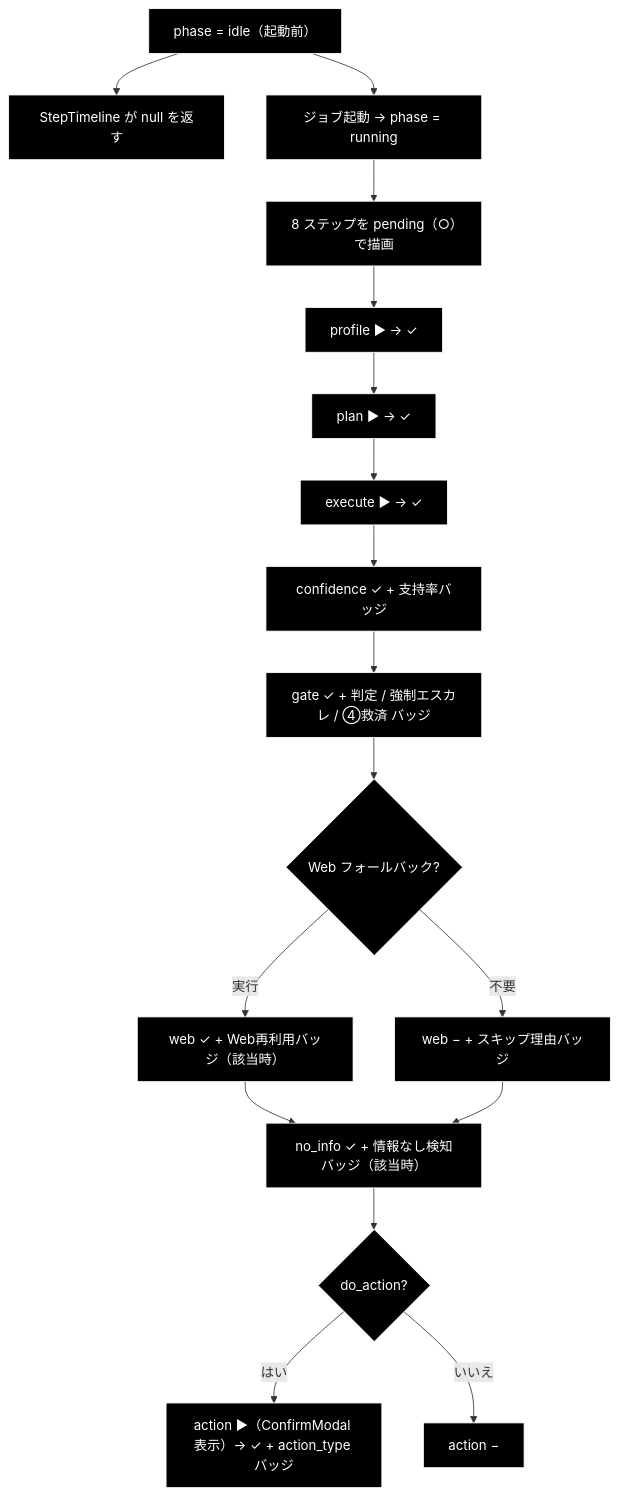
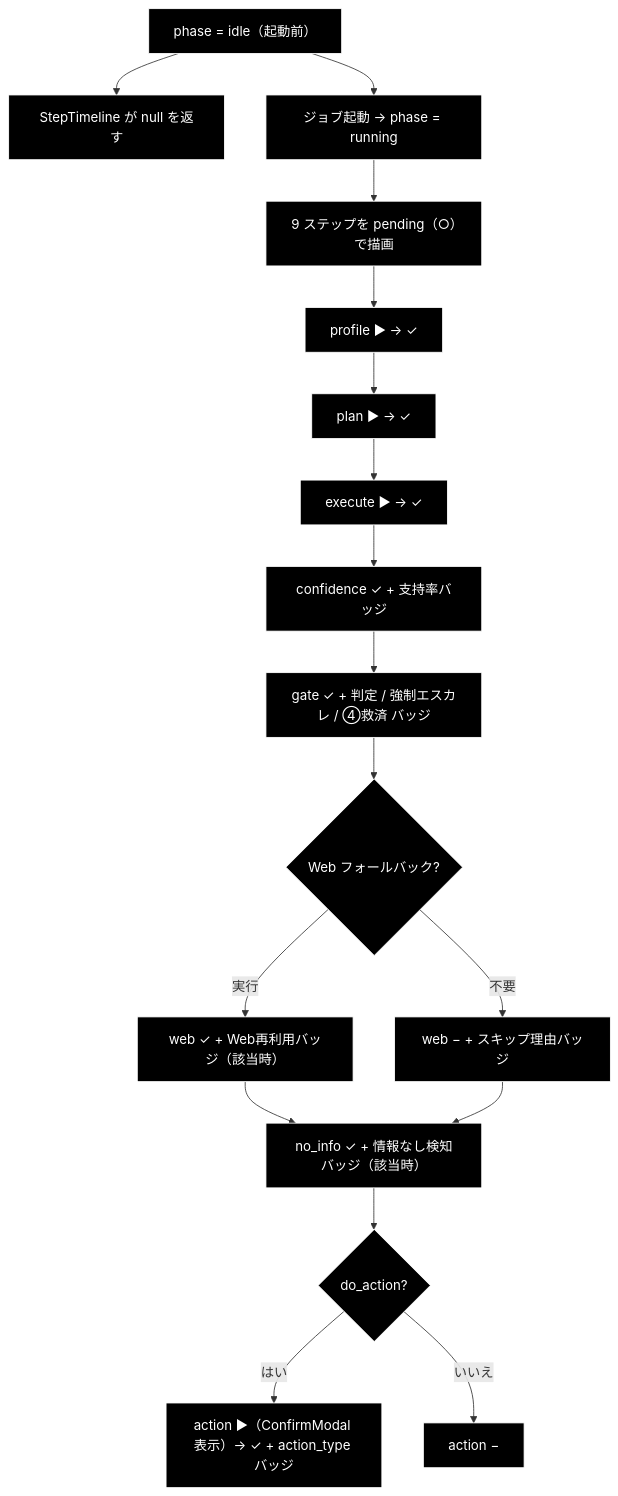
The third of 3 diagrams in frontend/docs/StepTimeline.md (nakashima2toshio/grace_v2_local), drawn with Mermaid before and after one commit. The commit also changed other lines of this file and 38 other files, not shown here.

````diff
--- a/frontend/docs/StepTimeline.md
+++ b/frontend/docs/StepTimeline.md
@@ -260,21 +260,21 @@
 ```mermaid
 flowchart TB
     Idle["phase = idle（起動前）"] --> Null["StepTimeline が null を返す"]
     Idle --> Sub["ジョブ起動 → phase = running"]
-    Sub --> All["8 ステップを pending（○）で描画"]
+    Sub --> All["9 ステップを pending（○）で描画"]
     All --> P["profile ▶ → ✓"]
     P --> Pl["plan ▶ → ✓"]
     Pl --> Ex["execute ▶ → ✓"]
     Ex --> Cf["confidence ✓ + 支持率バッジ"]
     Cf --> Ga["gate ✓ + 判定 / 強制エスカレ / ④救済 バッジ"]
     Ga --> We{"Web フォールバック?"}
     We -->|"実行"| W1["web ✓ + Web再利用バッジ（該当時）"]
     We -->|"不要"| W2["web − + スキップ理由バッジ"]
     W1 --> Ni["no_info ✓ + 情報なし検知バッジ（該当時）"]
     W2 --> Ni
     Ni --> Ac{"do_action?"}
     Ac -->|"はい"| A1["action ▶（ConfirmModal 表示）→ ✓ + action_type バッジ"]
     Ac -->|"いいえ"| A2["action −"]
 classDef default fill:#000,stroke:#fff,color:#fff
 class Idle,Null,Sub,All,P,Pl,Ex,Cf,Ga,We,W1,W2,Ni,Ac,A1,A2 default
 ```
````
